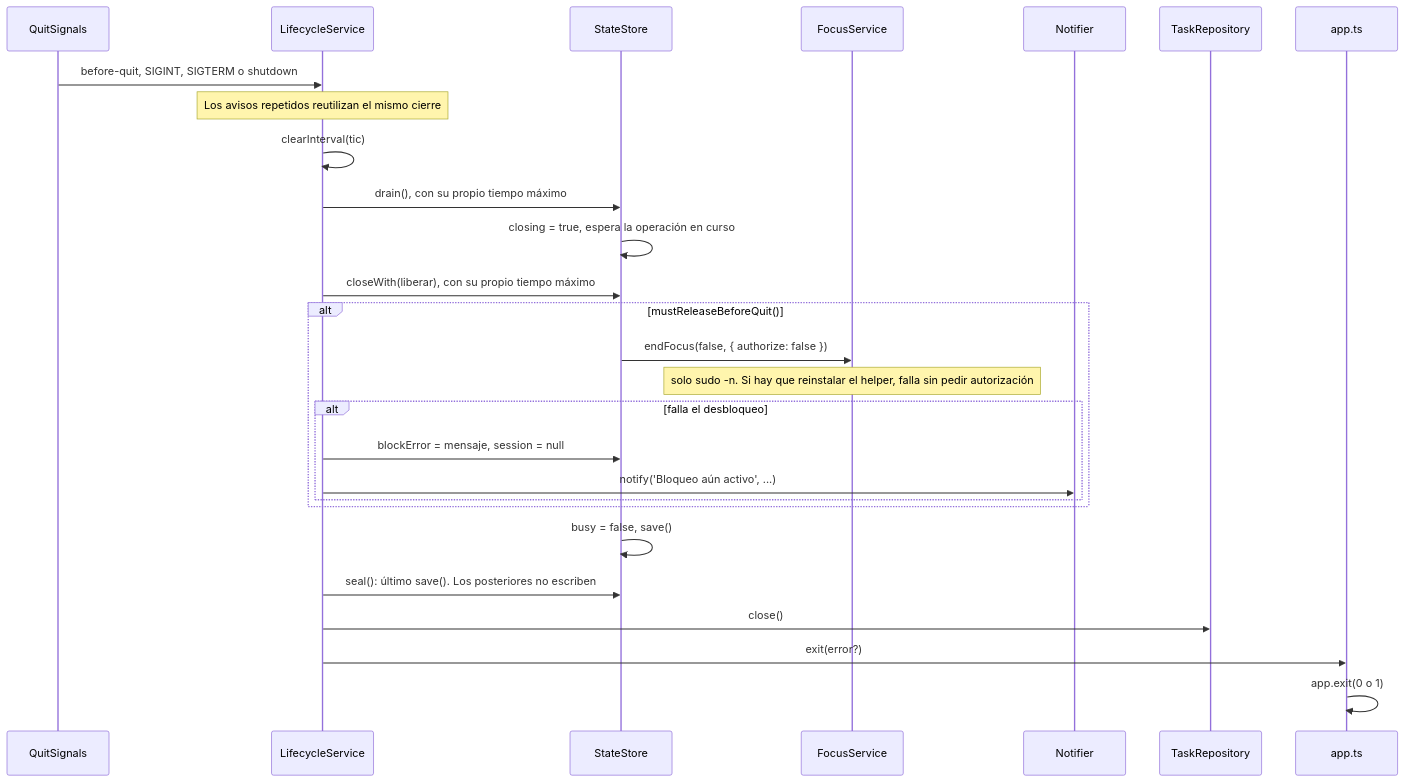
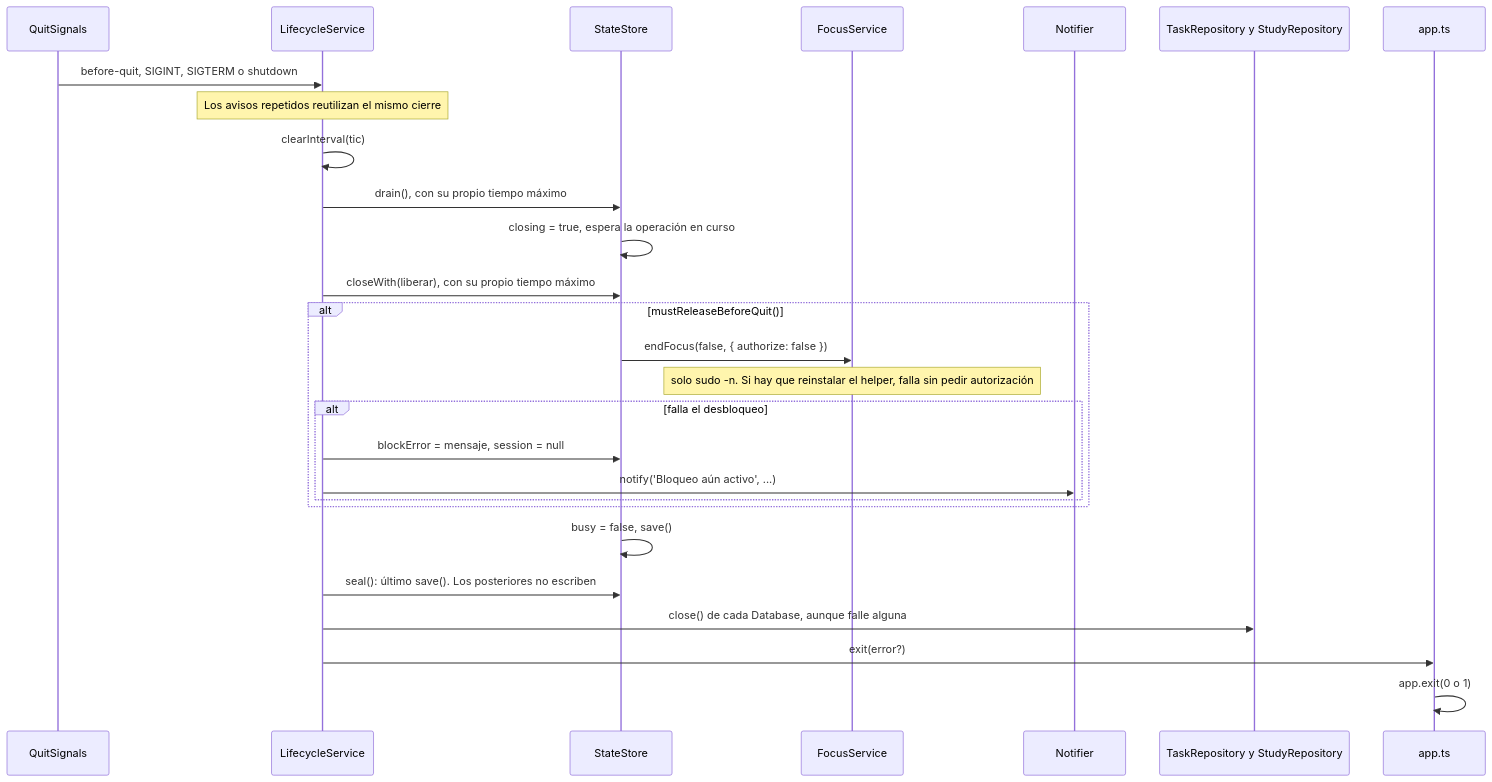
The eighth of 13 diagrams in docs/arquitectura.md (DevJuan95/ritmo), drawn with Mermaid before and after one commit. The commit also changed other lines of this file and 26 other files, not shown here.

````diff
--- a/docs/arquitectura.md
+++ b/docs/arquitectura.md
@@ -243,30 +256,30 @@
 ```mermaid
 sequenceDiagram
   participant Q as QuitSignals
   participant L as LifecycleService
   participant S as StateStore
   participant F as FocusService
   participant N as Notifier
-  participant R as TaskRepository
+  participant R as TaskRepository y StudyRepository
   participant A as app.ts
 
   Q->>L: before-quit, SIGINT, SIGTERM o shutdown
   Note over L: Los avisos repetidos reutilizan el mismo cierre
   L->>L: clearInterval(tic)
   L->>S: drain(), con su propio tiempo máximo
   S->>S: closing = true, espera la operación en curso
   L->>S: closeWith(liberar), con su propio tiempo máximo
   alt mustReleaseBeforeQuit()
     S->>F: endFocus(false, { authorize: false })
     Note over F: solo sudo -n. Si hay que reinstalar el helper, falla sin pedir autorización
     alt falla el desbloqueo
       L->>S: blockError = mensaje, session = null
       L->>N: notify('Bloqueo aún activo', ...)
     end
   end
   S->>S: busy = false, save()
   L->>S: seal(): último save(). Los posteriores no escriben
-  L->>R: close()
+  L->>R: close() de cada Database, aunque falle alguna
   L->>A: exit(error?)
   A->>A: app.exit(0 o 1)
 ```
````
